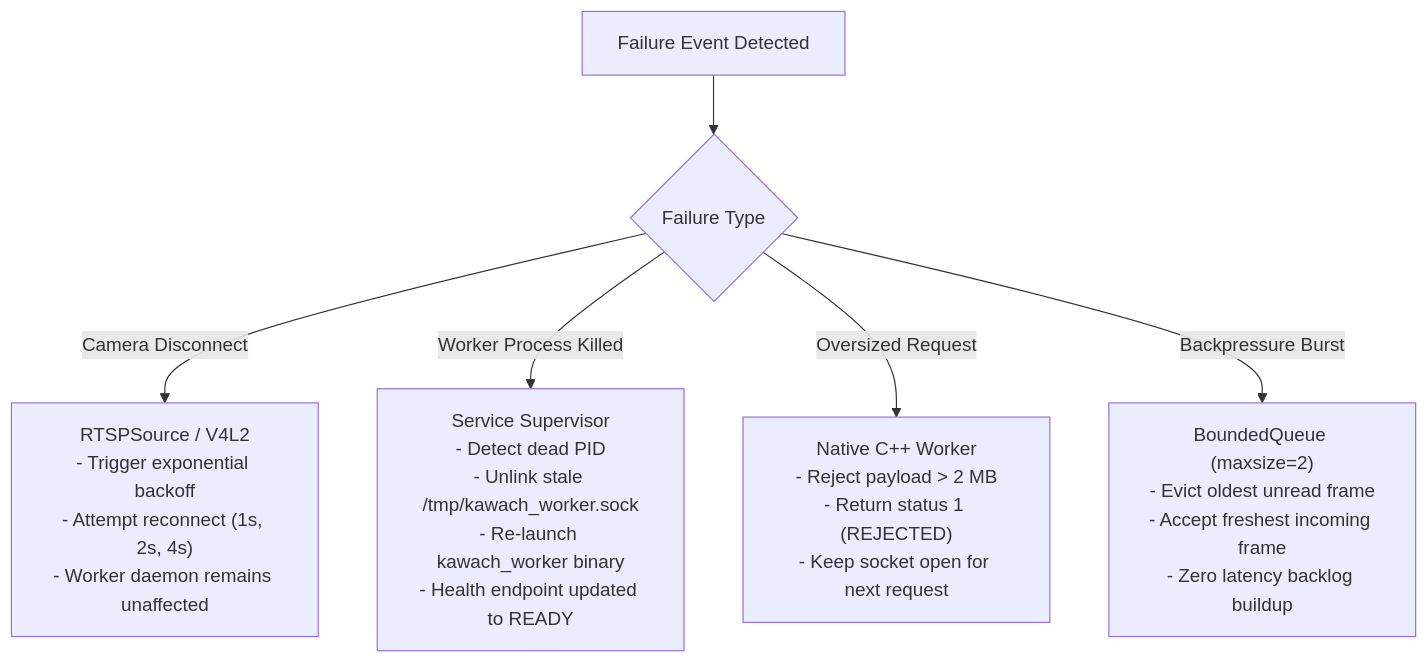
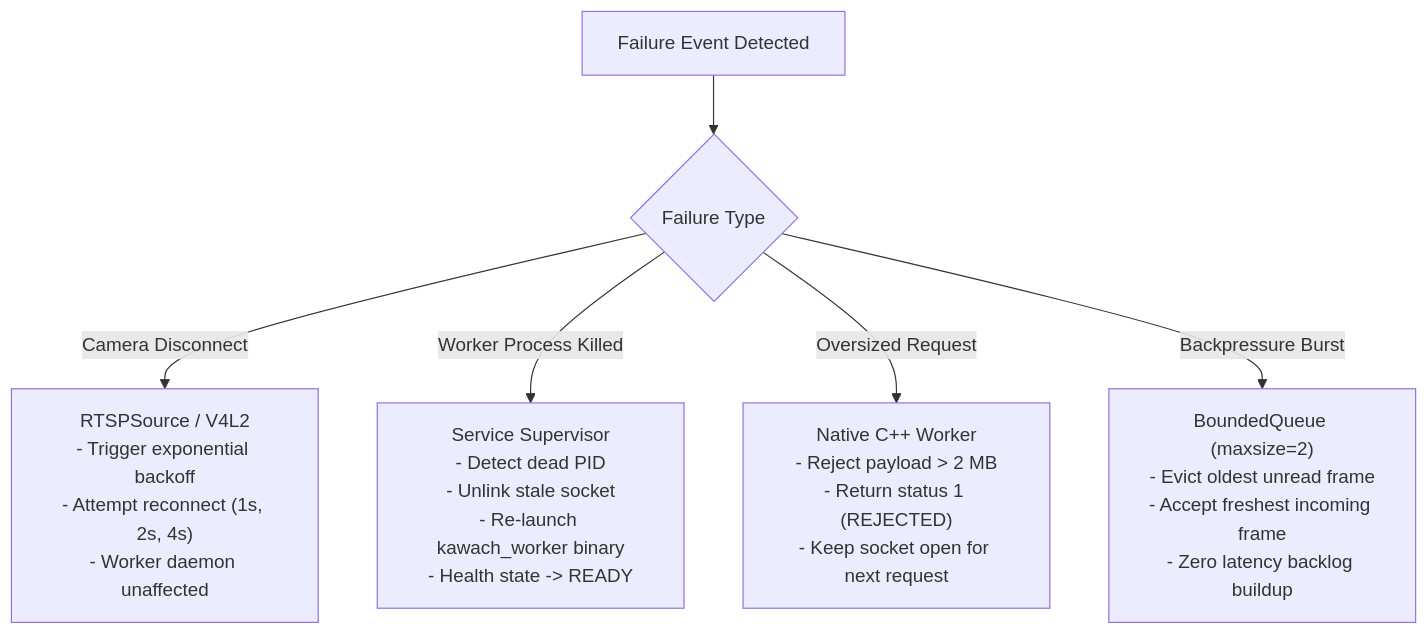
One commit to jasminbabariya22-eng/KavachX-Real-Time-Hazard-Person-Perception-System changed the tenth of 12 diagrams in docs/FULL_PROJECT_DOCUMENTATION.md. Above: the diagram before and after it, drawn with Mermaid. The commit also changed other lines of this file, not shown here.

Commit message:
fix(docs): fix Mermaid diagram syntax and clean header metadata in FULL_PROJECT_DOCUMENTATION.md

````diff
--- a/docs/FULL_PROJECT_DOCUMENTATION.md
+++ b/docs/FULL_PROJECT_DOCUMENTATION.md
@@ -630,12 +626,12 @@
 ```mermaid
 flowchart TD
     FAILURE["Failure Event Detected"] --> CLASSIFY{"Failure Type"}
 
-    CLASSIFY -->|Camera Disconnect| CAM_REC["RTSPSource / V4L2\n- Trigger exponential backoff\n- Attempt reconnect (1s, 2s, 4s)\n- Worker daemon remains unaffected"]
+    CLASSIFY -->|"Camera Disconnect"| CAM_REC["RTSPSource / V4L2<br/>- Trigger exponential backoff<br/>- Attempt reconnect (1s, 2s, 4s)<br/>- Worker daemon unaffected"]
     
-    CLASSIFY -->|Worker Process Killed| WRK_REC["Service Supervisor\n- Detect dead PID\n- Unlink stale /tmp/kawach_worker.sock\n- Re-launch kawach_worker binary\n- Health endpoint updated to READY"]
+    CLASSIFY -->|"Worker Process Killed"| WRK_REC["Service Supervisor<br/>- Detect dead PID<br/>- Unlink stale socket<br/>- Re-launch kawach_worker binary<br/>- Health state -> READY"]
     
-    CLASSIFY -->|Oversized Request| IPC_REC["Native C++ Worker\n- Reject payload > 2 MB\n- Return status 1 (REJECTED)\n- Keep socket open for next request"]
+    CLASSIFY -->|"Oversized Request"| IPC_REC["Native C++ Worker<br/>- Reject payload > 2 MB<br/>- Return status 1 (REJECTED)<br/>- Keep socket open for next request"]
     
-    CLASSIFY -->|Backpressure Burst| Q_REC["BoundedQueue (maxsize=2)\n- Evict oldest unread frame\n- Accept freshest incoming frame\n- Zero latency backlog buildup"]
+    CLASSIFY -->|"Backpressure Burst"| Q_REC["BoundedQueue (maxsize=2)<br/>- Evict oldest unread frame<br/>- Accept freshest incoming frame<br/>- Zero latency backlog buildup"]
 ```
````
